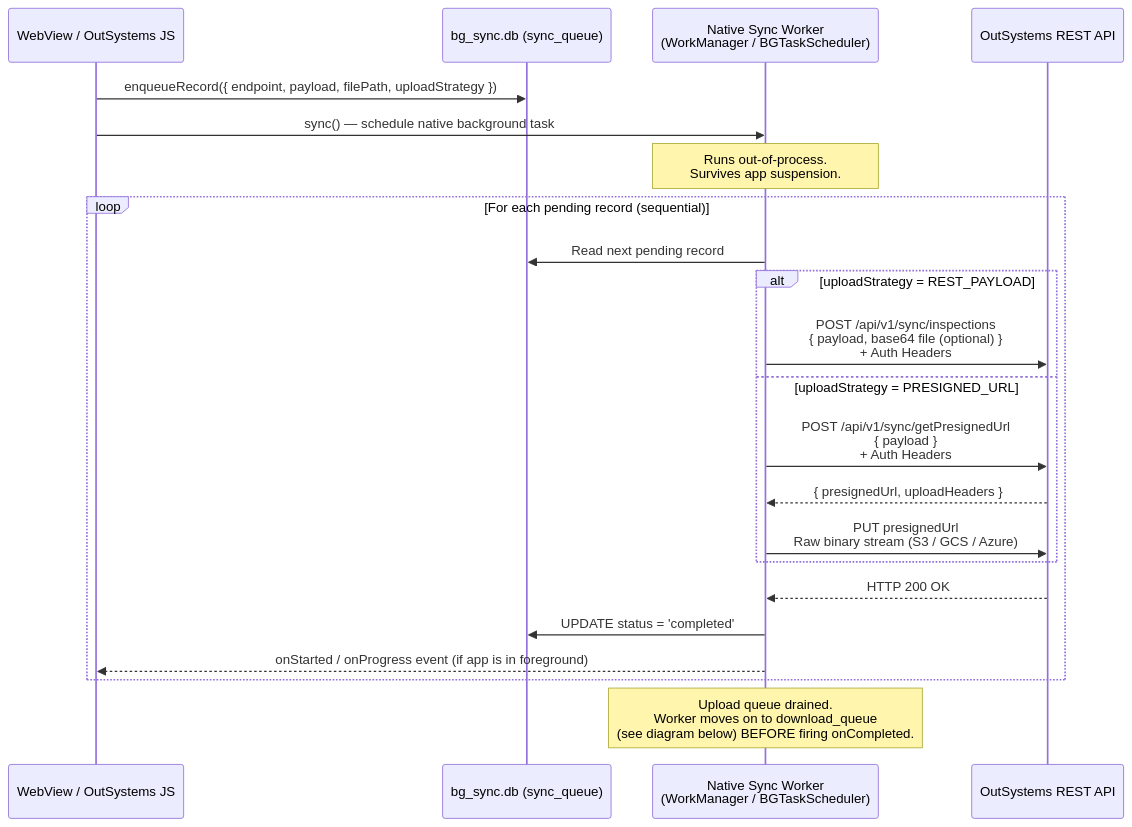
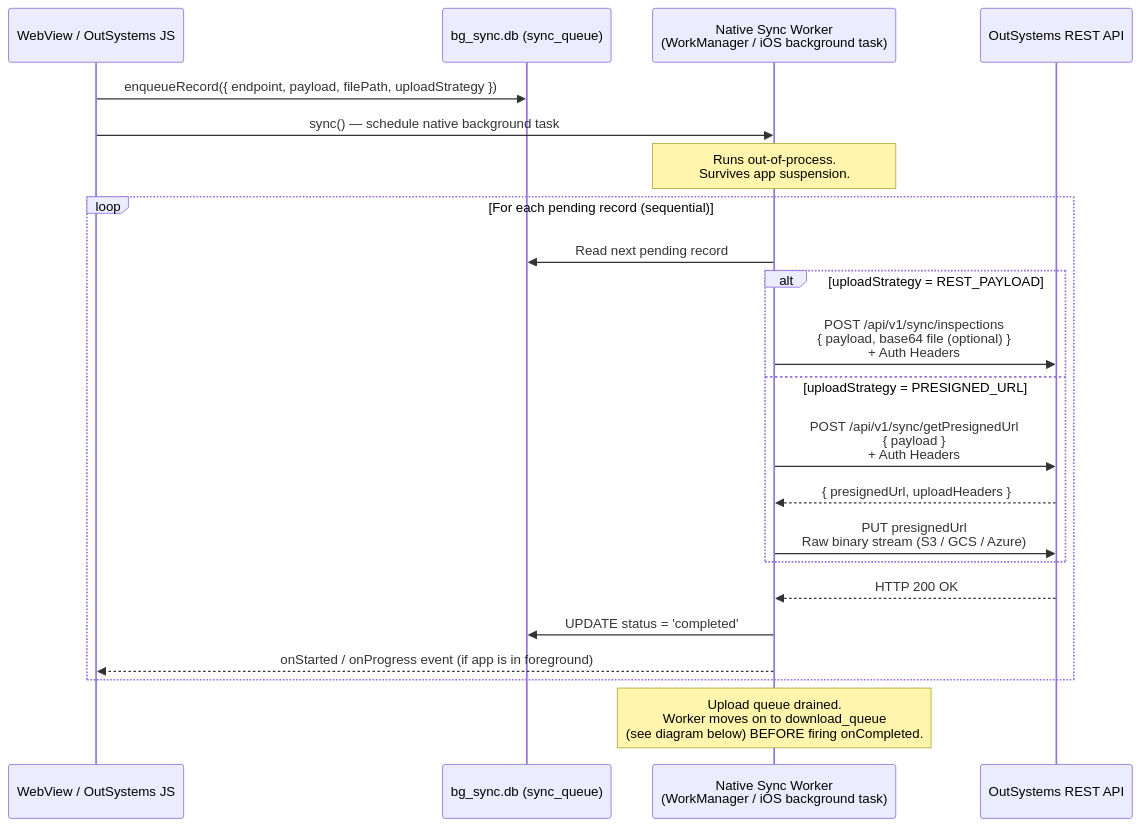
One commit to henriquefps/cordova-background-sync-plugin changed the first of 2 diagrams in docs/README.md. Above: the diagram before and after it, drawn with Mermaid. The commit also changed other lines of this file and 8 other files, not shown here.

````diff
--- a/docs/README.md
+++ b/docs/README.md
@@ -56,27 +56,27 @@
 ```mermaid
 sequenceDiagram
     participant App as WebView / OutSystems JS
     participant DB as bg_sync.db (sync_queue)
-    participant Worker as Native Sync Worker<br/>(WorkManager / BGTaskScheduler)
+    participant Worker as Native Sync Worker<br/>(WorkManager / iOS background task)
     participant Backend as OutSystems REST API
 
     App->>DB: enqueueRecord({ endpoint, payload, filePath, uploadStrategy })
     App->>Worker: sync() — schedule native background task
     Note over Worker: Runs out-of-process.<br/>Survives app suspension.
 
     loop For each pending record (sequential)
         Worker->>DB: Read next pending record
         alt uploadStrategy = REST_PAYLOAD
             Worker->>Backend: POST /api/v1/sync/inspections<br/>{ payload, base64 file (optional) }<br/>+ Auth Headers
         else uploadStrategy = PRESIGNED_URL
             Worker->>Backend: POST /api/v1/sync/getPresignedUrl<br/>{ payload }<br/>+ Auth Headers
             Backend-->>Worker: { presignedUrl, uploadHeaders }
             Worker->>Backend: PUT presignedUrl<br/>Raw binary stream (S3 / GCS / Azure)
         end
         Backend-->>Worker: HTTP 200 OK
         Worker->>DB: UPDATE status = 'completed'
         Worker-->>App: onStarted / onProgress event (if app is in foreground)
     end
 
     Note over Worker: Upload queue drained.<br/>Worker moves on to download_queue<br/>(see diagram below) BEFORE firing onCompleted.
 ```
````
